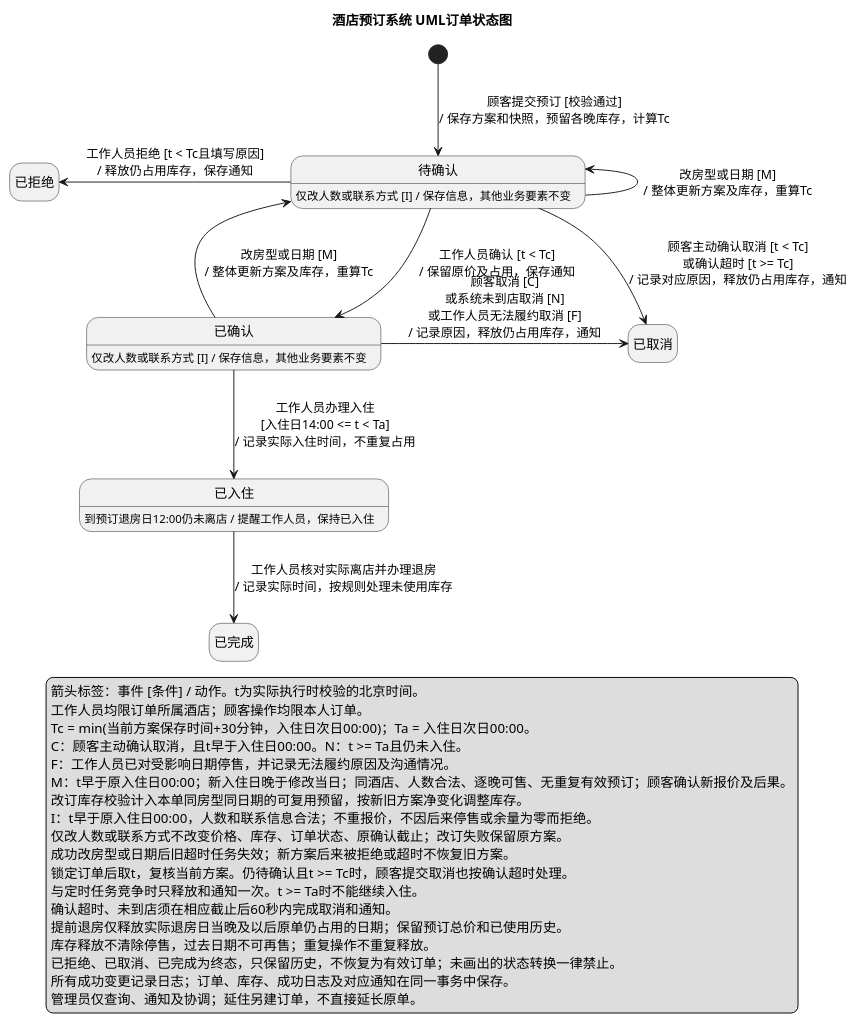
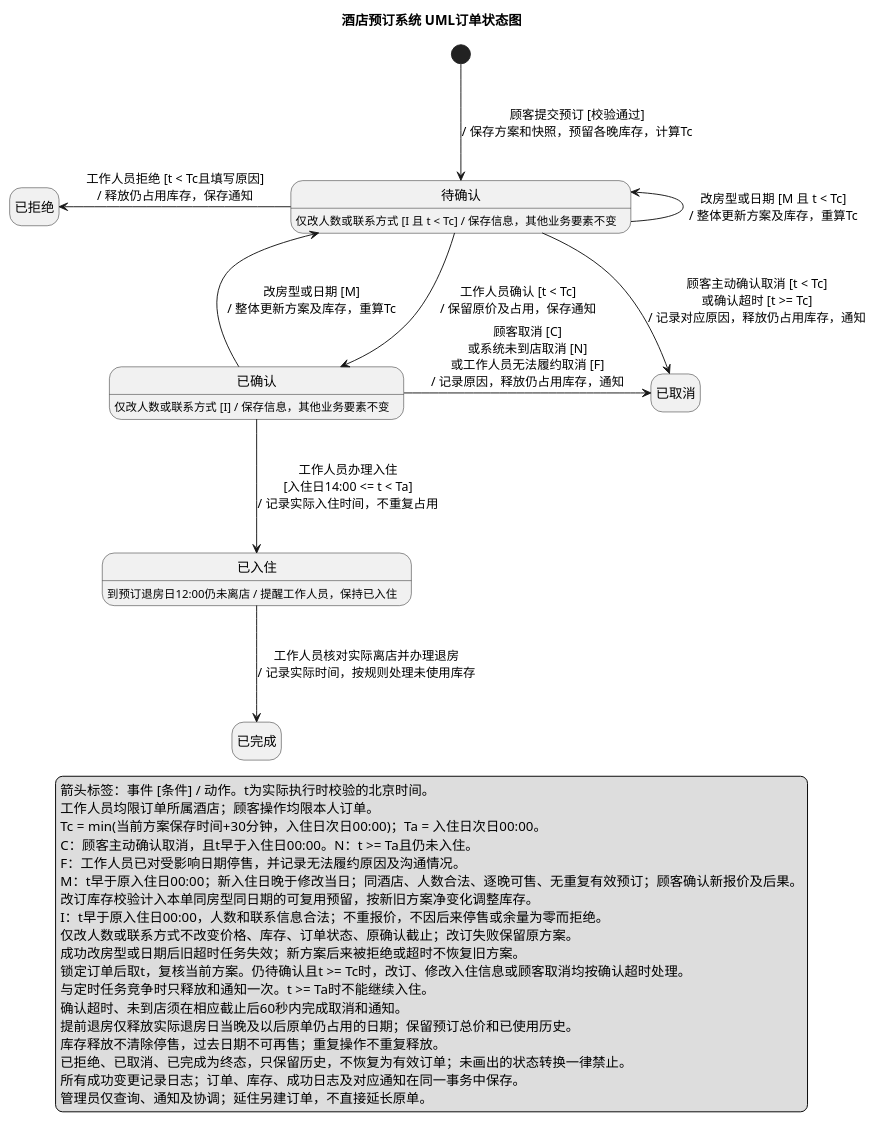
One commit to guyuezheng18-cell/-hotel-booking-labs changed the diagram in 实验二/UML/UML订单状态图.puml. Above: the diagram before and after it, drawn with PlantUML. The commit also changed 1 other file, not shown here.

Commit message:
订单状态图：为待确认订单的两类修改补上截止条件

```diff
--- a/实验二/UML/UML订单状态图.puml
+++ b/实验二/UML/UML订单状态图.puml
@@ -1,54 +1,54 @@
 @startuml
 title 酒店预订系统 UML订单状态图
 top to bottom direction
 hide empty description
 skinparam shadowing false
 skinparam defaultFontName Microsoft YaHei
 skinparam nodesep 55
-skinparam ranksep 60
+skinparam ranksep 85
 
 state "待确认" as Pending
 state "已确认" as Confirmed
 state "已入住" as CheckedIn
 state "已完成" as Completed
 state "已拒绝" as Rejected
 state "已取消" as Cancelled
 
 [*] --> Pending : 顾客提交预订 [校验通过]\n/ 保存方案和快照，预留各晚库存，计算Tc
 
 Pending -down-> Confirmed : 工作人员确认 [t < Tc]\n/ 保留原价及占用，保存通知
 Pending -left-> Rejected : 工作人员拒绝 [t < Tc且填写原因]\n/ 释放仍占用库存，保存通知
 Pending -right-> Cancelled : 顾客主动确认取消 [t < Tc]\n或确认超时 [t >= Tc]\n/ 记录对应原因，释放仍占用库存，通知
 
 Confirmed -down-> CheckedIn : 工作人员办理入住\n[入住日14:00 <= t < Ta]\n/ 记录实际入住时间，不重复占用
 Confirmed -right-> Cancelled : 顾客取消 [C]\n或系统未到店取消 [N]\n或工作人员无法履约取消 [F]\n/ 记录原因，释放仍占用库存，通知
 CheckedIn -down-> Completed : 工作人员核对实际离店并办理退房\n/ 记录实际时间，按规则处理未使用库存
 
-Pending -left-> Pending : 改房型或日期 [M]\n/ 整体更新方案及库存，重算Tc
+Pending -left-> Pending : 改房型或日期 [M 且 t < Tc]\n/ 整体更新方案及库存，重算Tc
 Confirmed -left-> Pending : 改房型或日期 [M]\n/ 整体更新方案及库存，重算Tc
 
-Pending : 仅改人数或联系方式 [I] / 保存信息，其他业务要素不变
+Pending : 仅改人数或联系方式 [I 且 t < Tc] / 保存信息，其他业务要素不变
 Confirmed : 仅改人数或联系方式 [I] / 保存信息，其他业务要素不变
 CheckedIn : 到预订退房日12:00仍未离店 / 提醒工作人员，保持已入住
 
 legend bottom
   箭头标签：事件 [条件] / 动作。t为实际执行时校验的北京时间。
   工作人员均限订单所属酒店；顾客操作均限本人订单。
   Tc = min(当前方案保存时间+30分钟，入住日次日00:00)；Ta = 入住日次日00:00。
   C：顾客主动确认取消，且t早于入住日00:00。N：t >= Ta且仍未入住。
   F：工作人员已对受影响日期停售，并记录无法履约原因及沟通情况。
   M：t早于原入住日00:00；新入住日晚于修改当日；同酒店、人数合法、逐晚可售、无重复有效预订；顾客确认新报价及后果。
   改订库存校验计入本单同房型同日期的可复用预留，按新旧方案净变化调整库存。
   I：t早于原入住日00:00，人数和联系信息合法；不重报价，不因后来停售或余量为零而拒绝。
   仅改人数或联系方式不改变价格、库存、订单状态、原确认截止；改订失败保留原方案。
   成功改房型或日期后旧超时任务失效；新方案后来被拒绝或超时不恢复旧方案。
-  锁定订单后取t，复核当前方案。仍待确认且t >= Tc时，顾客提交取消也按确认超时处理。
+  锁定订单后取t，复核当前方案。仍待确认且t >= Tc时，改订、修改入住信息或顾客取消均按确认超时处理。
   与定时任务竞争时只释放和通知一次。t >= Ta时不能继续入住。
   确认超时、未到店须在相应截止后60秒内完成取消和通知。
   提前退房仅释放实际退房日当晚及以后原单仍占用的日期；保留预订总价和已使用历史。
   库存释放不清除停售，过去日期不可再售；重复操作不重复释放。
   已拒绝、已取消、已完成为终态，只保留历史，不恢复为有效订单；未画出的状态转换一律禁止。
   所有成功变更记录日志；订单、库存、成功日志及对应通知在同一事务中保存。
   管理员仅查询、通知及协调；延住另建订单，不直接延长原单。
 endlegend
 @enduml
```
